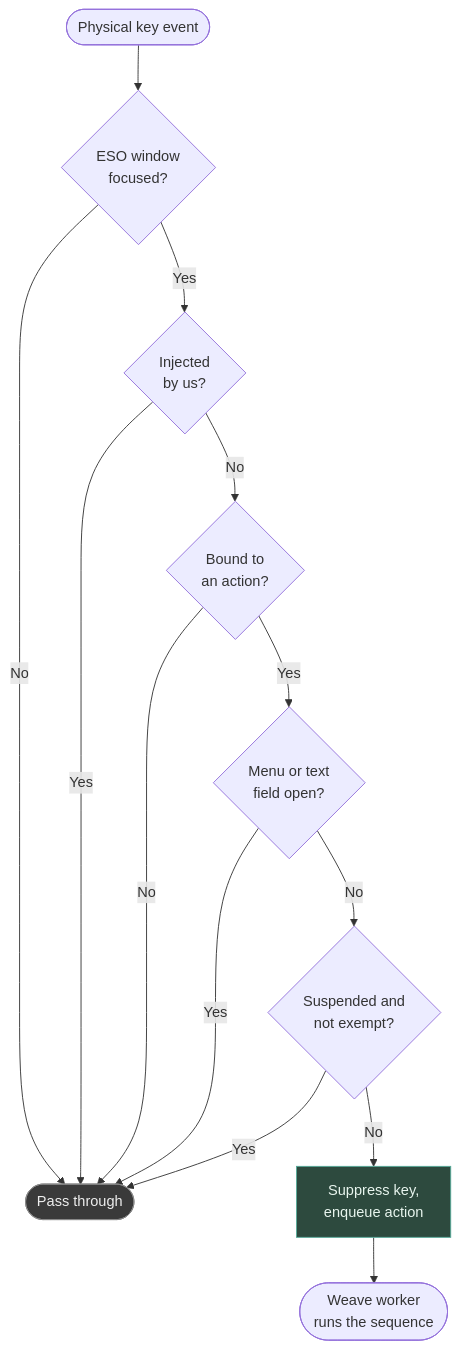
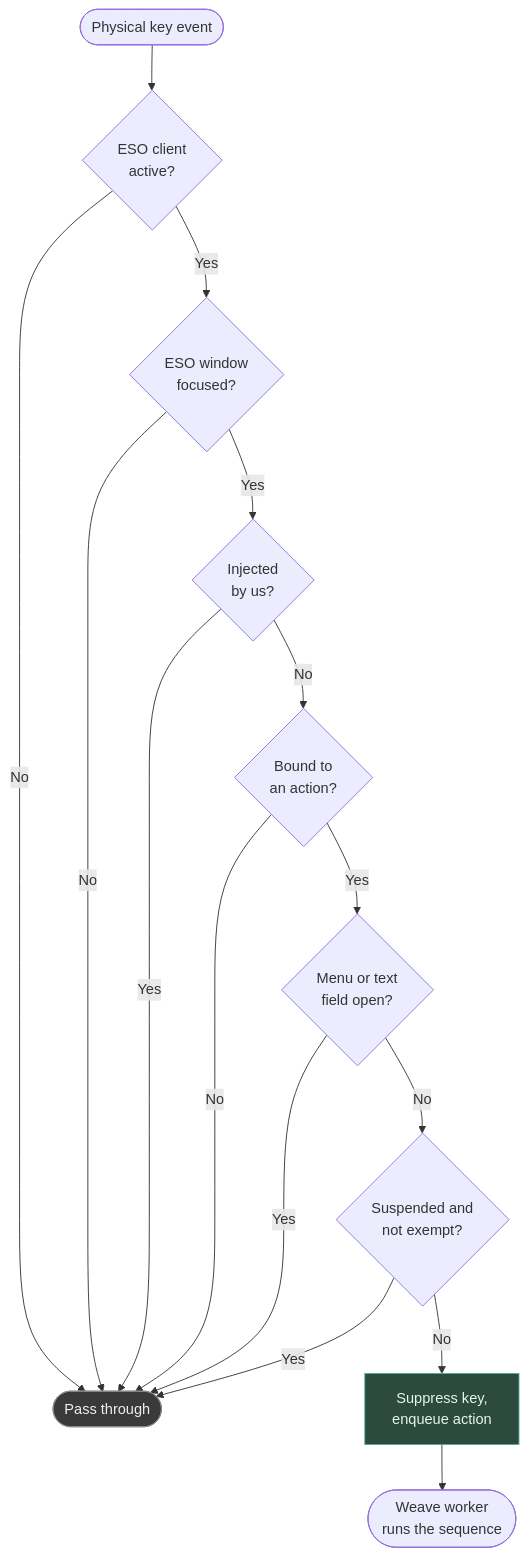
The second of 4 diagrams in docs/ESO-Weave-Specification.md (h8rt3rmin8r/eso-weave), drawn with Mermaid before and after one commit. The commit also changed other lines of this file and 46 other files, not shown here.

````diff
--- a/docs/ESO-Weave-Specification.md
+++ b/docs/ESO-Weave-Specification.md
@@ -254,18 +279,20 @@
 ```mermaid
 flowchart TD
-    K([Physical key event]) --> F{ESO window<br/>focused?}
-    F -->|No| P([Pass through])
+    K([Physical key event]) --> A{ESO client<br/>active?}
+    A -->|No| P([Pass through])
+    A -->|Yes| F{ESO window<br/>focused?}
+    F -->|No| P
     F -->|Yes| S{Injected<br/>by us?}
     S -->|Yes| P
     S -->|No| B{Bound to<br/>an action?}
     B -->|No| P
     B -->|Yes| M{Menu or text<br/>field open?}
     M -->|Yes| P
     M -->|No| SU{Suspended and<br/>not exempt?}
     SU -->|Yes| P
     SU -->|No| X[Suppress key,<br/>enqueue action]
     X --> W([Weave worker<br/>runs the sequence])
 
     style X fill:#2d4a3e,stroke:#5a9,color:#e8f5ee
     style P fill:#3a3a3a,stroke:#888,color:#eee
 ```
````
